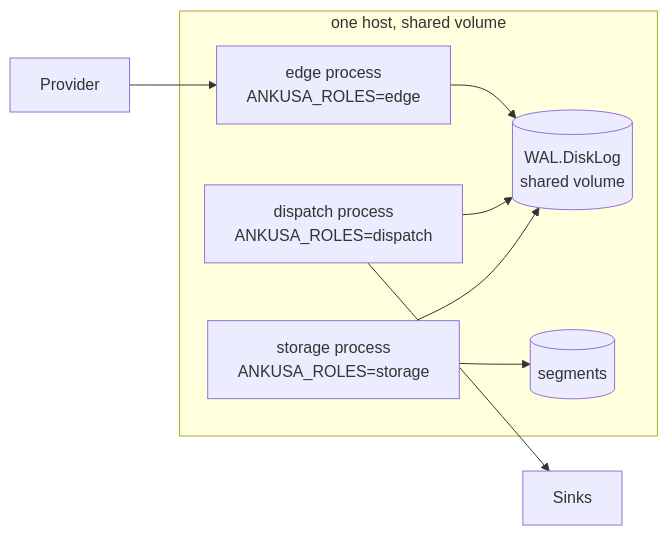
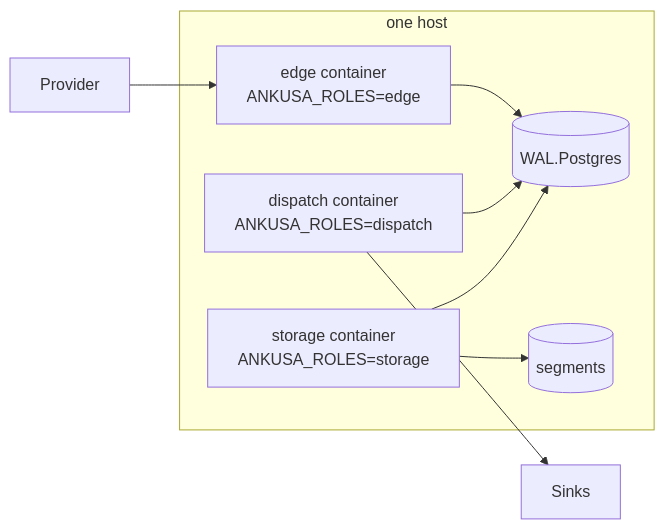
Before and after one commit to jamescarr/ankusa: the third of 5 diagrams in docs/architecture.md, drawn with Mermaid. The commit also changed other lines of this file and 40 other files, not shown here.

````diff
--- a/docs/architecture.md
+++ b/docs/architecture.md
@@ -173,11 +175,11 @@
 ```mermaid
 flowchart LR
-    P[Provider] --> E["edge process\nANKUSA_ROLES=edge"]
-    subgraph Host["one host, shared volume"]
-        E --> WAL[("WAL.DiskLog\nshared volume")]
-        D["dispatch process\nANKUSA_ROLES=dispatch"] --> WAL
-        S["storage process\nANKUSA_ROLES=storage"] --> WAL
+    P[Provider] --> E["edge container\nANKUSA_ROLES=edge"]
+    subgraph Host["one host"]
+        E --> PG[("WAL.Postgres")]
+        D["dispatch container\nANKUSA_ROLES=dispatch"] --> PG
+        S["storage container\nANKUSA_ROLES=storage"] --> PG
         S --> BS[(segments)]
     end
     D --> SK[Sinks]
 ```
````
